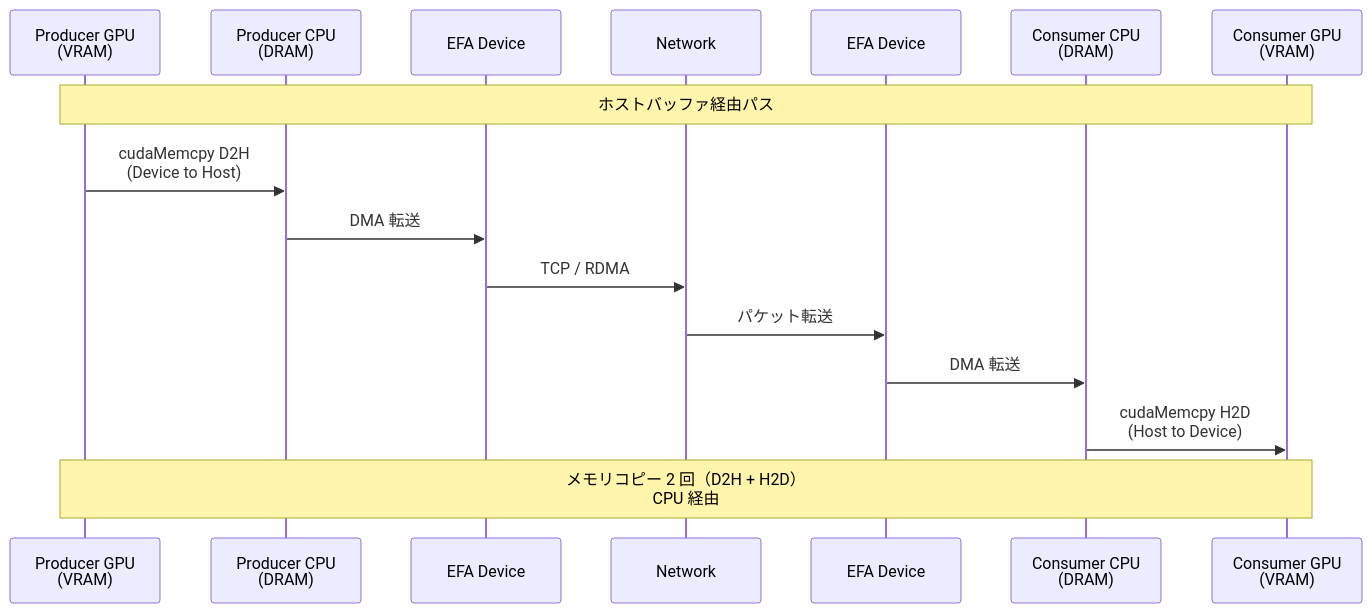
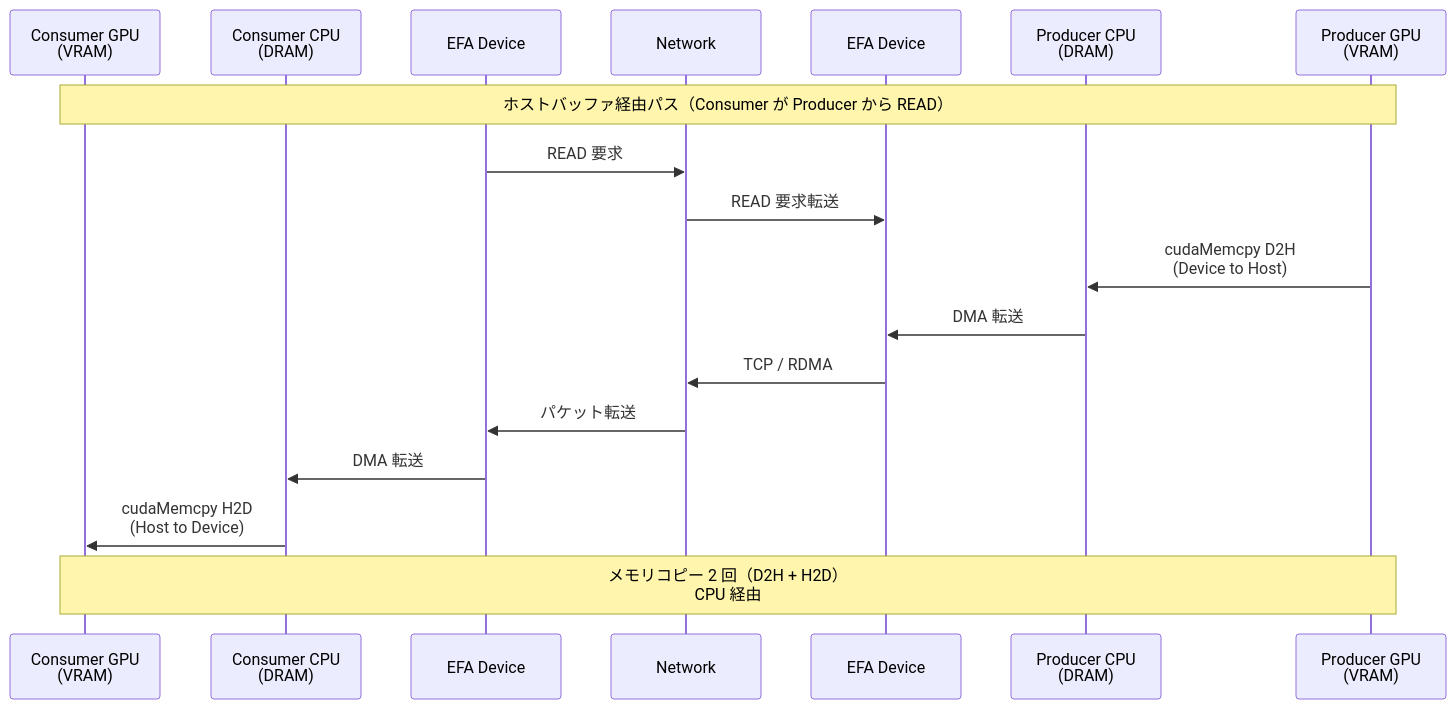
Before and after one commit to littlemex/zenn: the fourth of 14 diagrams in articles/3dd524130320d3.md, drawn with Mermaid. The commit also changed other lines of this file, not shown here.

````diff
--- a/articles/3dd524130320d3.md
+++ b/articles/3dd524130320d3.md
@@ -464,18 +136,20 @@
 ```mermaid
 sequenceDiagram
+    participant Consumer_GPU as Consumer GPU<br/>(VRAM)
+    participant Consumer_CPU as Consumer CPU<br/>(DRAM)
+    participant EFA_C as EFA Device
+    participant Network as Network
+    participant EFA_P as EFA Device
+    participant Producer_CPU as Producer CPU<br/>(DRAM)
     participant Producer_GPU as Producer GPU<br/>(VRAM)
-    participant Producer_CPU as Producer CPU<br/>(DRAM)
-    participant EFA_P as EFA Device
-    participant Network as Network
-    participant EFA_C as EFA Device
-    participant Consumer_CPU as Consumer CPU<br/>(DRAM)
-    participant Consumer_GPU as Consumer GPU<br/>(VRAM)
-    Note over Producer_GPU,Consumer_GPU: ホストバッファ経由パス
+    Note over Consumer_GPU,Producer_GPU: ホストバッファ経由パス（Consumer が Producer から READ）
+    EFA_C->>Network: READ 要求
+    Network->>EFA_P: READ 要求転送
     Producer_GPU->>Producer_CPU: cudaMemcpy D2H<br/>(Device to Host)
     Producer_CPU->>EFA_P: DMA 転送
     EFA_P->>Network: TCP / RDMA
     Network->>EFA_C: パケット転送
     EFA_C->>Consumer_CPU: DMA 転送
     Consumer_CPU->>Consumer_GPU: cudaMemcpy H2D<br/>(Host to Device)
-    Note over Producer_GPU,Consumer_GPU: メモリコピー 2 回（D2H + H2D）<br/>CPU 経由
+    Note over Consumer_GPU,Producer_GPU: メモリコピー 2 回（D2H + H2D）<br/>CPU 経由
 ```
````
